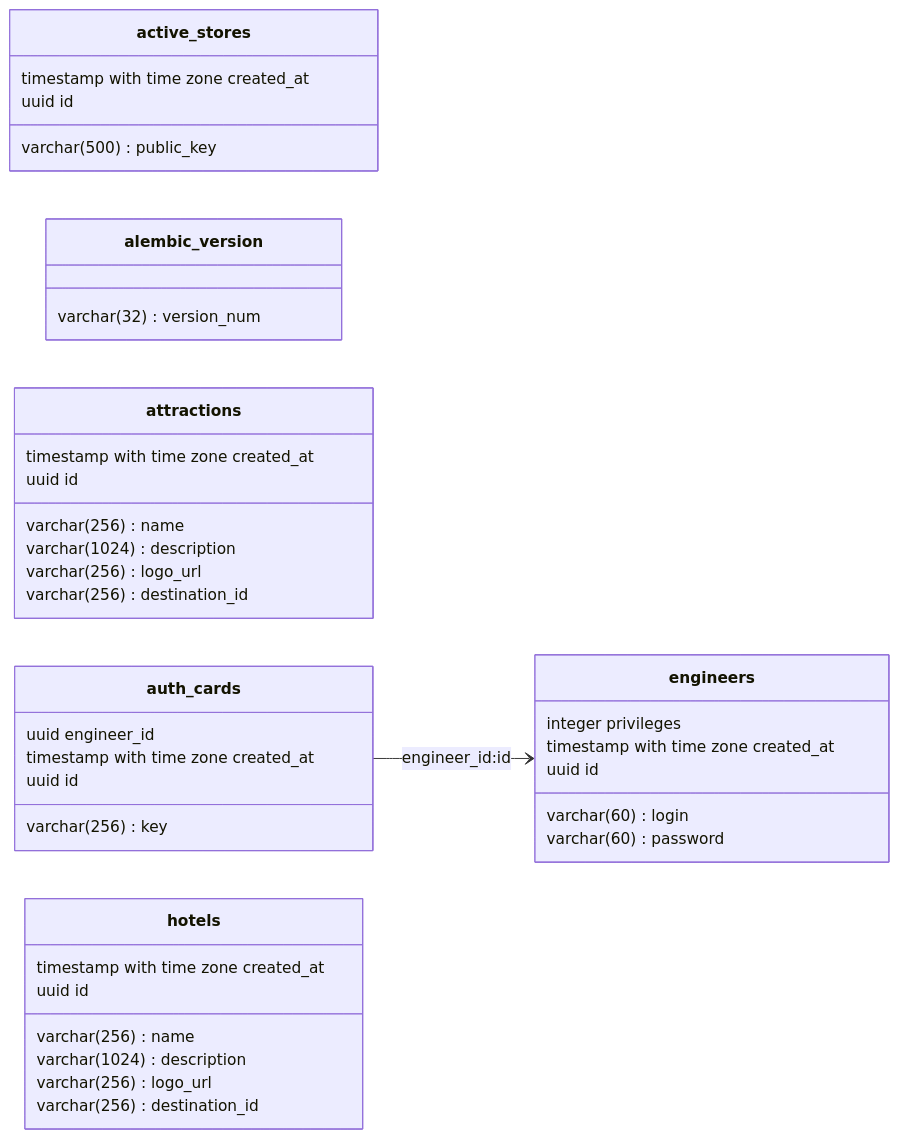
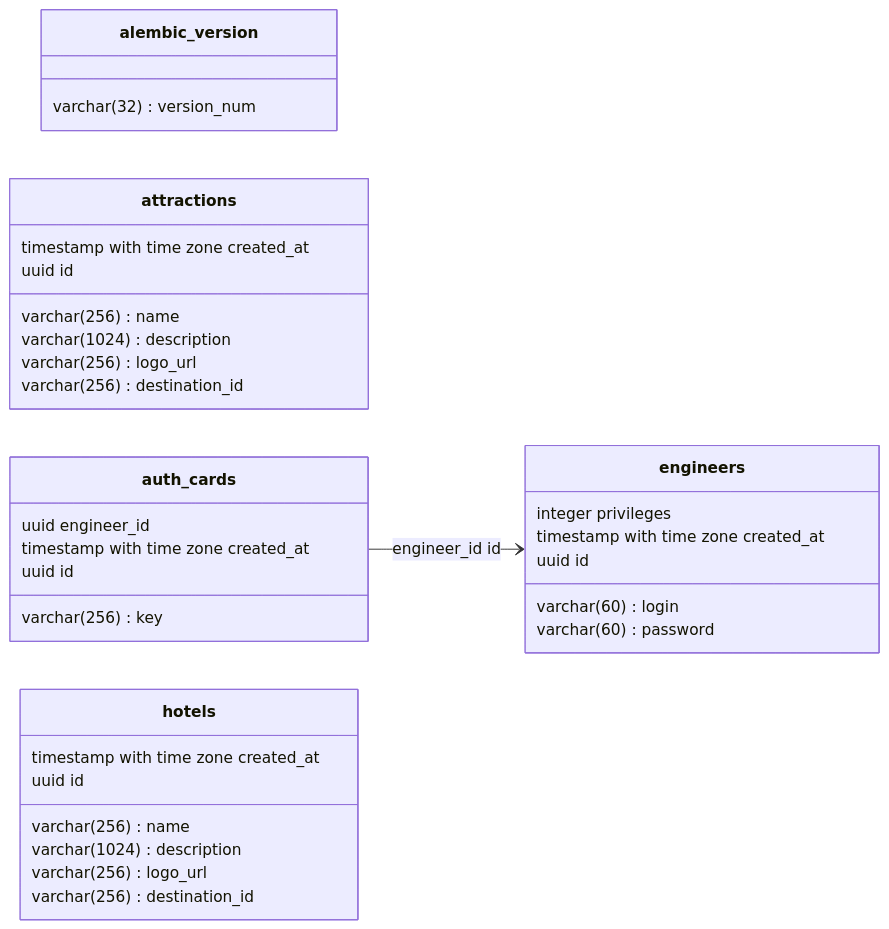
One commit to NikshetSteh/TransportationEngineers changed the second of 12 diagrams in Docs/RU/Doc.md. Above: the diagram before and after it, drawn with Mermaid. The commit also changed other lines of this file and 2 other files, not shown here.

````diff
--- a/Docs/RU/Doc.md
+++ b/Docs/RU/Doc.md
@@ -167,43 +169,38 @@
 ```mermaid
 classDiagram
     direction LR
-    class active_stores {
-        varchar(500) public_key
-        timestamp with time zone created_at
-        uuid id
-    }
     class alembic_version {
         varchar(32) version_num
     }
     class attractions {
         varchar(256) name
         varchar(1024) description
         varchar(256) logo_url
         varchar(256) destination_id
         timestamp with time zone created_at
         uuid id
     }
     class auth_cards {
         uuid engineer_id
         varchar(256) key
         timestamp with time zone created_at
         uuid id
     }
     class engineers {
         varchar(60) login
         varchar(60) password
         integer privileges
         timestamp with time zone created_at
         uuid id
     }
     class hotels {
         varchar(256) name
         varchar(1024) description
         varchar(256) logo_url
         varchar(256) destination_id
         timestamp with time zone created_at
         uuid id
     }
-    
-    auth_cards --> engineers: engineer_id&#58id
+
+    auth_cards --> engineers: engineer_id id
 ```
````
